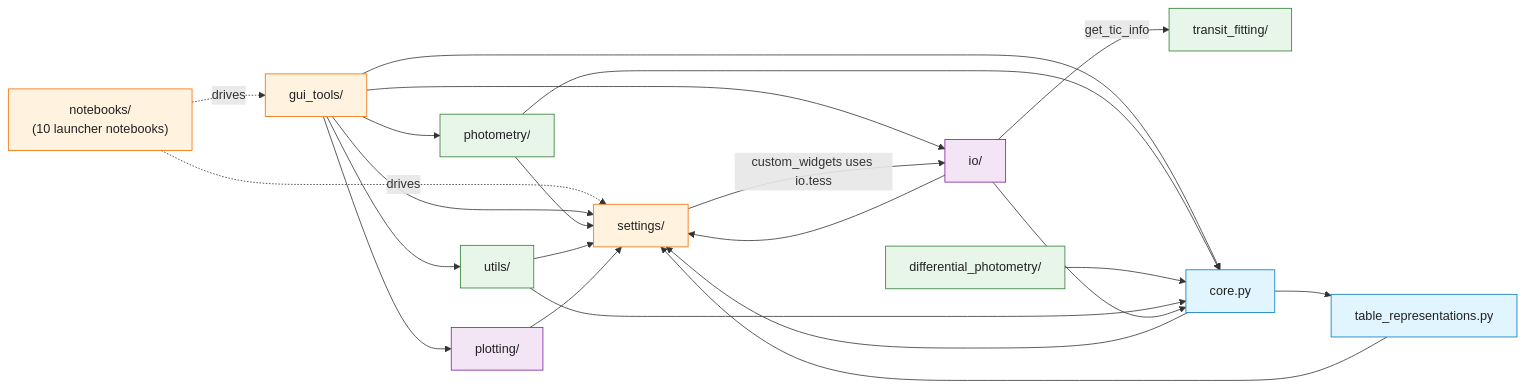
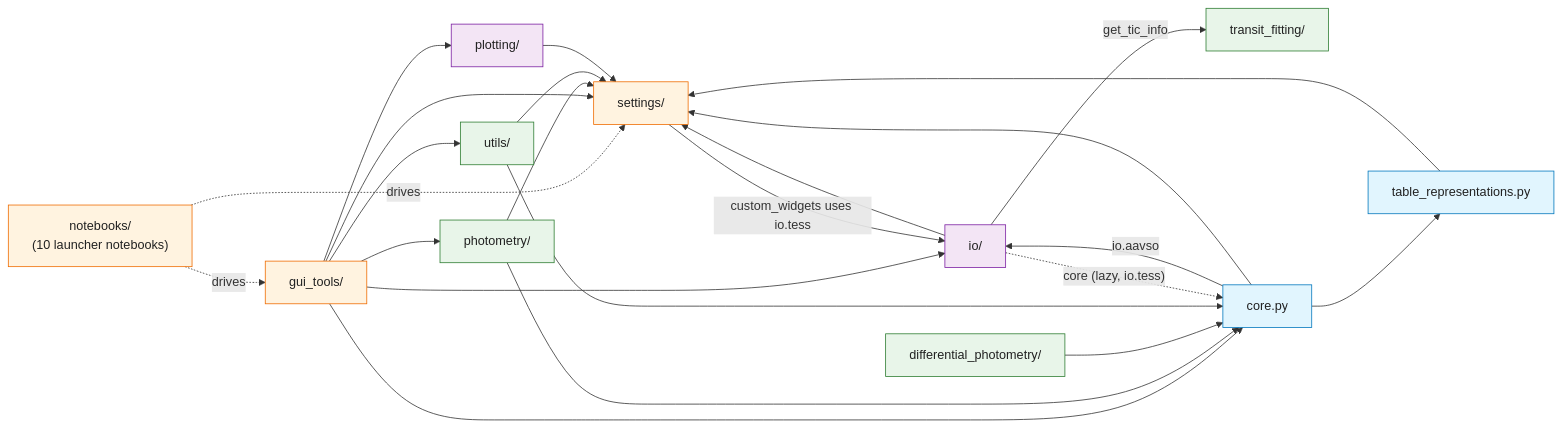
The second of 5 diagrams in docs/diagrams-01-package-overview.md (feder-observatory/stellarphot), drawn with Mermaid before and after one commit. The commit also changed other lines of this file, not shown here.

First line of the commit message:
Update architecture diagrams for lazy GUI layer and one-way core/io

````diff
--- a/docs/diagrams-01-package-overview.md
+++ b/docs/diagrams-01-package-overview.md
@@ -59,57 +59,58 @@
 ```mermaid
 flowchart LR
     classDef data fill:#e1f5fe,stroke:#0277bd,color:#212121
     classDef engine fill:#e8f5e9,stroke:#2e7d32,color:#212121
     classDef ui fill:#fff3e0,stroke:#ef6c00,color:#212121
     classDef output fill:#f3e5f5,stroke:#7b1fa2,color:#212121
 
     nb["notebooks/<br/>(10 launcher notebooks)"]:::ui
     gui["gui_tools/"]:::ui
     sett["settings/"]:::ui
     phot["photometry/"]:::engine
     diff["differential_photometry/"]:::engine
     tfit["transit_fitting/"]:::engine
     uts["utils/"]:::engine
     plt["plotting/"]:::output
     iop["io/"]:::output
     corem["core.py"]:::data
     trep["table_representations.py"]:::data
 
     nb -.->|"drives"| gui
     nb -.->|"drives"| sett
 
     gui --> sett
     gui --> phot
     gui --> plt
     gui --> iop
     gui --> uts
     gui --> corem
 
     sett -->|"custom_widgets uses io.tess"| iop
 
     phot --> corem
     phot --> sett
     diff --> corem
     uts --> corem
     uts --> sett
     plt --> sett
-    iop --> corem
+    iop -.->|"core (lazy, io.tess)"| corem
     iop --> sett
     iop -->|"get_tic_info"| tfit
 
+    corem -->|"io.aavso"| iop
     corem --> sett
     corem --> trep
     trep --> sett
 
     click nb href "../stellarphot/notebooks/" "notebooks/"
     click gui href "../stellarphot/gui_tools/" "gui_tools/"
     click sett href "../stellarphot/settings/" "settings/"
     click phot href "../stellarphot/photometry/" "photometry/"
     click diff href "../stellarphot/differential_photometry/" "differential_photometry/"
     click tfit href "../stellarphot/transit_fitting/" "transit_fitting/"
     click uts href "../stellarphot/utils/" "utils/"
     click plt href "../stellarphot/plotting/" "plotting/"
     click iop href "../stellarphot/io/" "io/"
     click corem href "../stellarphot/core.py" "core.py"
     click trep href "../stellarphot/table_representations.py" "table_representations.py"
 ```
````
